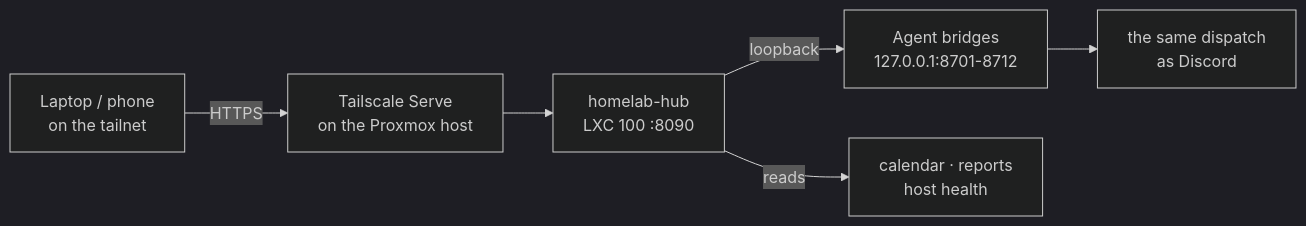
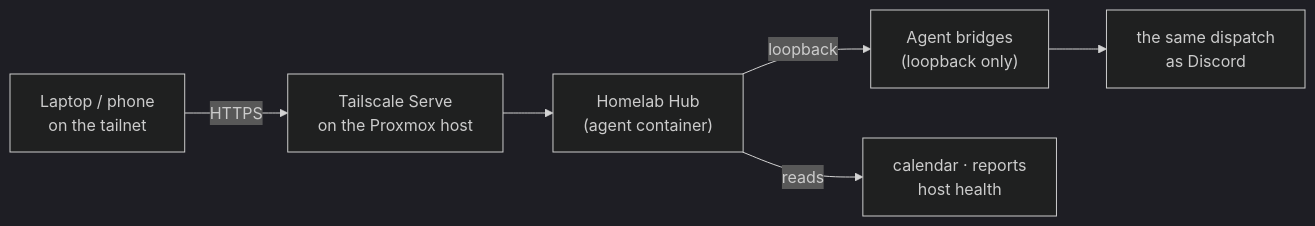
One commit to kubinokitsune/homelab changed the diagram in docs/hub.md. Above: the diagram before and after it, drawn with Mermaid (dark theme). The commit also changed other lines of this file and 15 other files, not shown here.

````diff
--- a/docs/hub.md
+++ b/docs/hub.md
@@ -42,8 +41,8 @@
 ```mermaid
 graph LR
     D["Laptop / phone<br/>on the tailnet"] -->|HTTPS| S["Tailscale Serve<br/>on the Proxmox host"]
-    S --> H["homelab-hub<br/>LXC 100 :8090"]
-    H -->|loopback| B["Agent bridges<br/>127.0.0.1:8701-8712"]
+    S --> H["Homelab Hub<br/>(agent container)"]
+    H -->|loopback| B["Agent bridges<br/>(loopback only)"]
     H -->|reads| K["calendar · reports<br/>host health"]
     B --> X["the same dispatch<br/>as Discord"]
 ```
````
